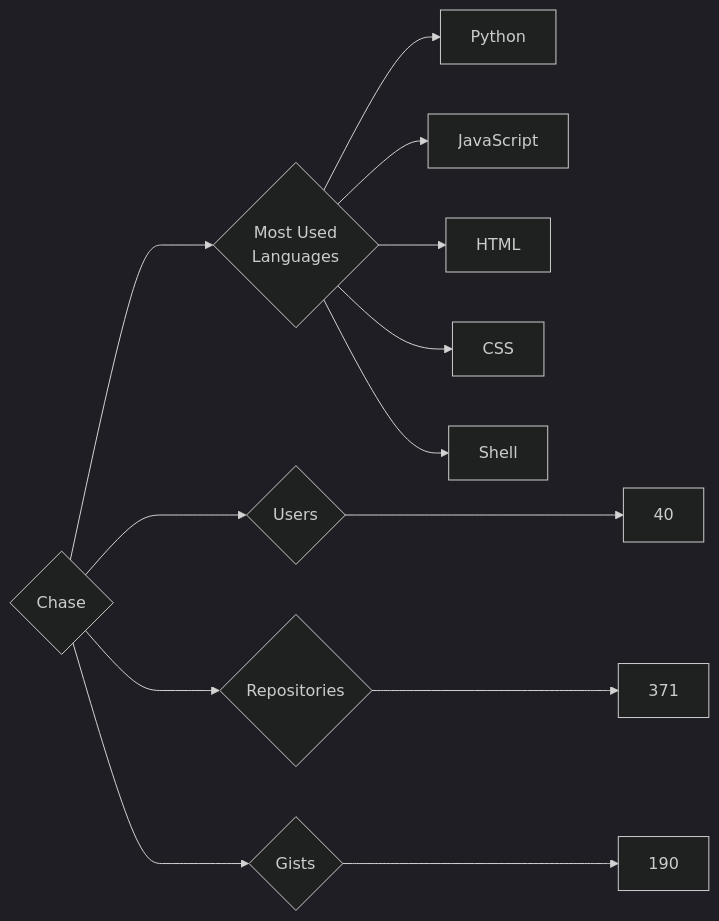
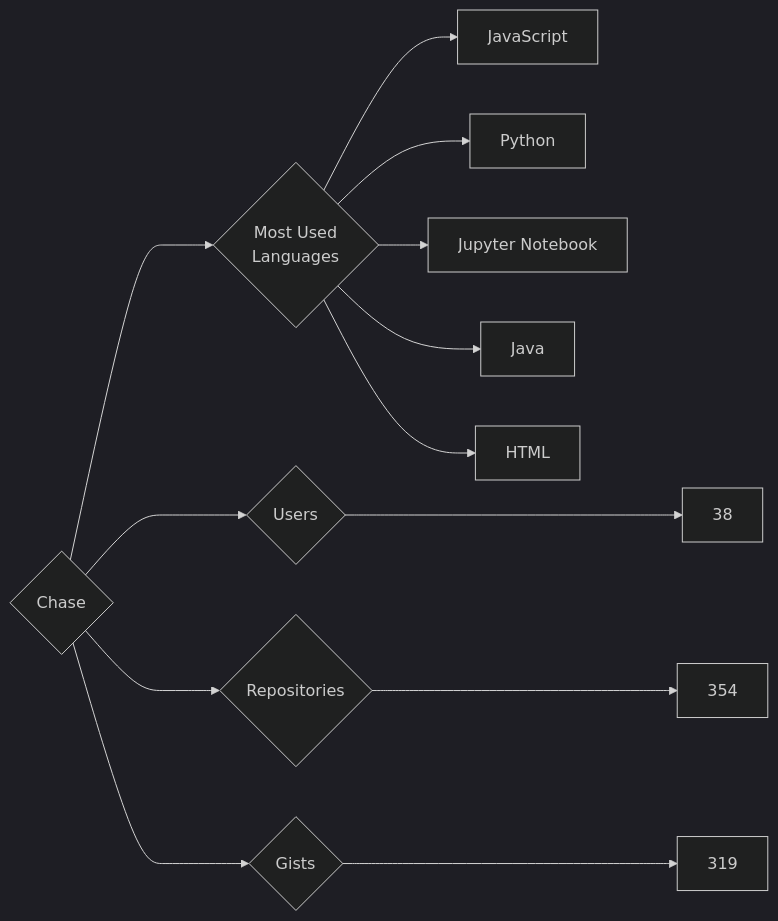
The diagram in targets/Chase/README.md (trickest/insiders), drawn with Mermaid (dark theme) before and after one commit. The commit also changed 682 other files, not shown here.

````diff
--- a/targets/Chase/README.md
+++ b/targets/Chase/README.md
@@ -3,13 +3,13 @@
 ```mermaid
 graph LR
 COMPANY_NAME{Chase}
-COMPANY_NAME ---> U{Users} ---> UN[40]
-COMPANY_NAME ---> R{Repositories} ---> RN[371]
-COMPANY_NAME ---> G{Gists} ---> GN[190]
+COMPANY_NAME ---> U{Users} ---> UN[38]
+COMPANY_NAME ---> R{Repositories} ---> RN[354]
+COMPANY_NAME ---> G{Gists} ---> GN[319]
 COMPANY_NAME ---> ML{Most Used<br>Languages}
+ML --> JavaScript[JavaScript]
 ML --> Python[Python]
-ML --> JavaScript[JavaScript]
+ML --> Jupyter_Notebook[Jupyter Notebook]
+ML --> Java[Java]
 ML --> HTML[HTML]
-ML --> CSS[CSS]
-ML --> Shell[Shell]
 ```
````
